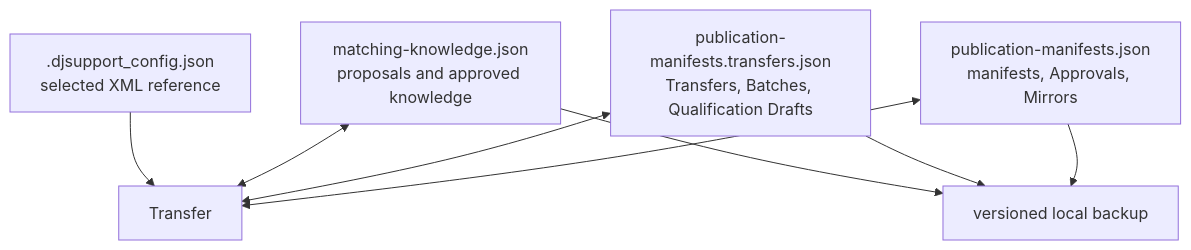
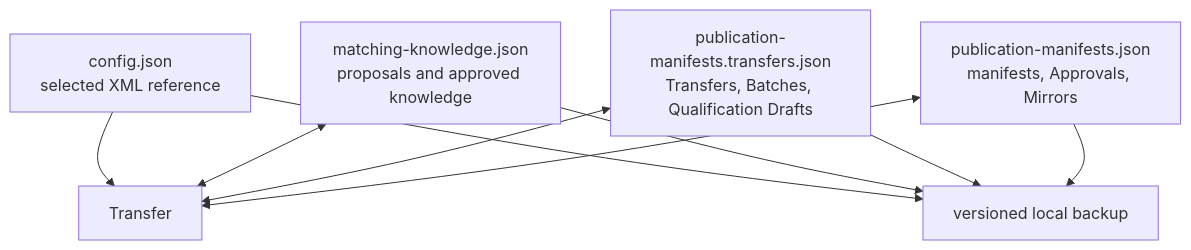
One commit to spontain112/djsupport changed the diagram in docs/storage.md. Above: the diagram before and after it, drawn with Mermaid. The commit also changed other lines of this file and 14 other files, not shown here.

````diff
--- a/docs/storage.md
+++ b/docs/storage.md
@@ -56,16 +47,17 @@
 ```mermaid
 flowchart TB
-    CONFIG[".djsupport_config.json<br/>selected XML reference"]
+    CONFIG["config.json<br/>selected XML reference"]
     MATCH["matching-knowledge.json<br/>proposals and approved knowledge"]
     TRANSFERS["publication-manifests.transfers.json<br/>Transfers, Batches, Qualification Drafts"]
     PUBLICATIONS["publication-manifests.json<br/>manifests, Approvals, Mirrors"]
     BACKUP["versioned local backup"]
 
     CONFIG --> T["Transfer"]
+    CONFIG --> BACKUP
     MATCH <--> T
     TRANSFERS <--> T
     PUBLICATIONS <--> T
     MATCH --> BACKUP
     TRANSFERS --> BACKUP
     PUBLICATIONS --> BACKUP
 ```
````
